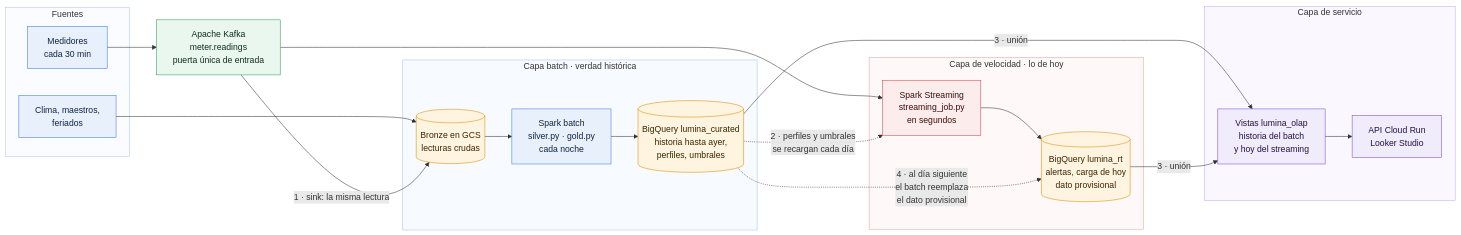
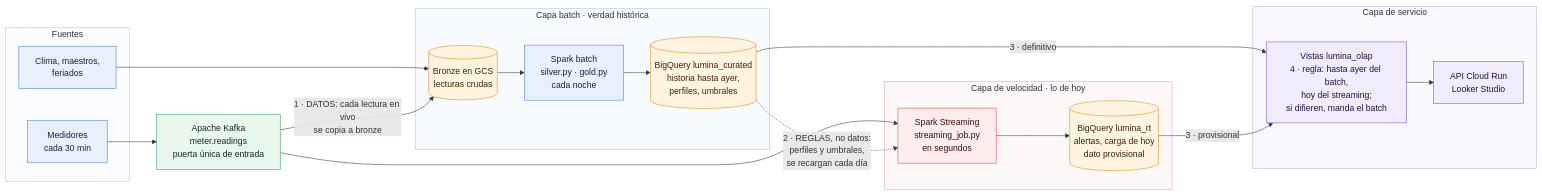
One commit to Diego9828/dataenergia-lumina changed the diagram in docs/diagrama_lambda.mmd. Above: the diagram before and after it, drawn with Mermaid. The commit also changed 6 other files, not shown here.

First line of the commit message:
Diagramas Lambda: sentido de los flujos batch y streaming

```diff
--- a/docs/diagrama_lambda.mmd
+++ b/docs/diagrama_lambda.mmd
@@ -1,53 +1,52 @@
 flowchart LR
   subgraph SRC["Fuentes"]
     M["Medidores<br/>cada 30 min"]
     O["Clima, maestros,<br/>feriados"]
   end
 
   K["Apache Kafka<br/>meter.readings<br/>puerta única de entrada"]
 
   subgraph BATCH["Capa batch · verdad histórica"]
     B1[("Bronze en GCS<br/>lecturas crudas")]
     B2["Spark batch<br/>silver.py · gold.py<br/>cada noche"]
     B3[("BigQuery lumina_curated<br/>historia hasta ayer,<br/>perfiles, umbrales")]
   end
 
   subgraph SPEED["Capa de velocidad · lo de hoy"]
     S1["Spark Streaming<br/>streaming_job.py<br/>en segundos"]
     S2[("BigQuery lumina_rt<br/>alertas, carga de hoy<br/>dato provisional")]
   end
 
   subgraph SERVE["Capa de servicio"]
-    V["Vistas lumina_olap<br/>historia del batch<br/>y hoy del streaming"]
+    V["Vistas lumina_olap<br/>4 · regla: hasta ayer del batch,<br/>hoy del streaming;<br/>si difieren, manda el batch"]
     API["API Cloud Run<br/>Looker Studio"]
   end
 
   M --> K
   O --> B1
-  K -->|"1 · sink: la misma lectura"| B1
+  K -->|"1 · DATOS: cada lectura en vivo<br/>se copia a bronze"| B1
   K --> S1
   B1 --> B2
   B2 --> B3
-  B3 -.->|"2 · perfiles y umbrales<br/>se recargan cada día"| S1
+  B3 -.->|"2 · REGLAS, no datos:<br/>perfiles y umbrales,<br/>se recargan cada día"| S1
   S1 --> S2
-  B3 -->|"3 · unión"| V
-  S2 -->|"3 · unión"| V
-  B3 -.->|"4 · al día siguiente<br/>el batch reemplaza<br/>el dato provisional"| S2
+  B3 -->|"3 · definitivo"| V
+  S2 -->|"3 · provisional"| V
   V --> API
 
   classDef src fill:#E8F1FB,stroke:#3B7DD8,color:#10243F
   classDef kafka fill:#EAF7EF,stroke:#2E9E5B,color:#0F2E1C
   classDef batch fill:#E8F1FB,stroke:#3B7DD8,color:#10243F
   classDef rt fill:#FDECEC,stroke:#D64545,color:#3B0E0E
   classDef store fill:#FFF4E0,stroke:#D98E04,color:#3A2600
   classDef serve fill:#F1ECFB,stroke:#7A4FD0,color:#22123F
   class M,O src
   class K kafka
   class B2 batch
   class S1 rt
   class B1,B3,S2 store
   class V,API serve
   style SRC fill:#FAFCFF,stroke:#B8C7DC
   style BATCH fill:#F7FAFE,stroke:#A9C4EB
   style SPEED fill:#FFF8F8,stroke:#E8A3A3
   style SERVE fill:#FAF8FE,stroke:#C3B2EA
```
